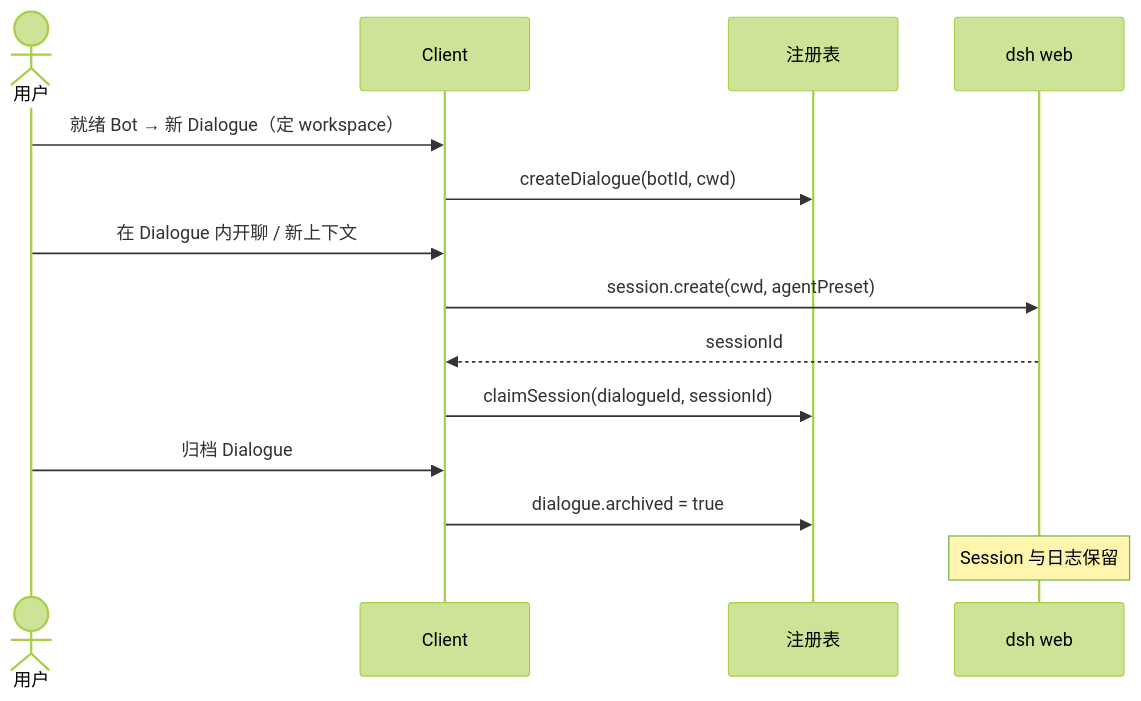
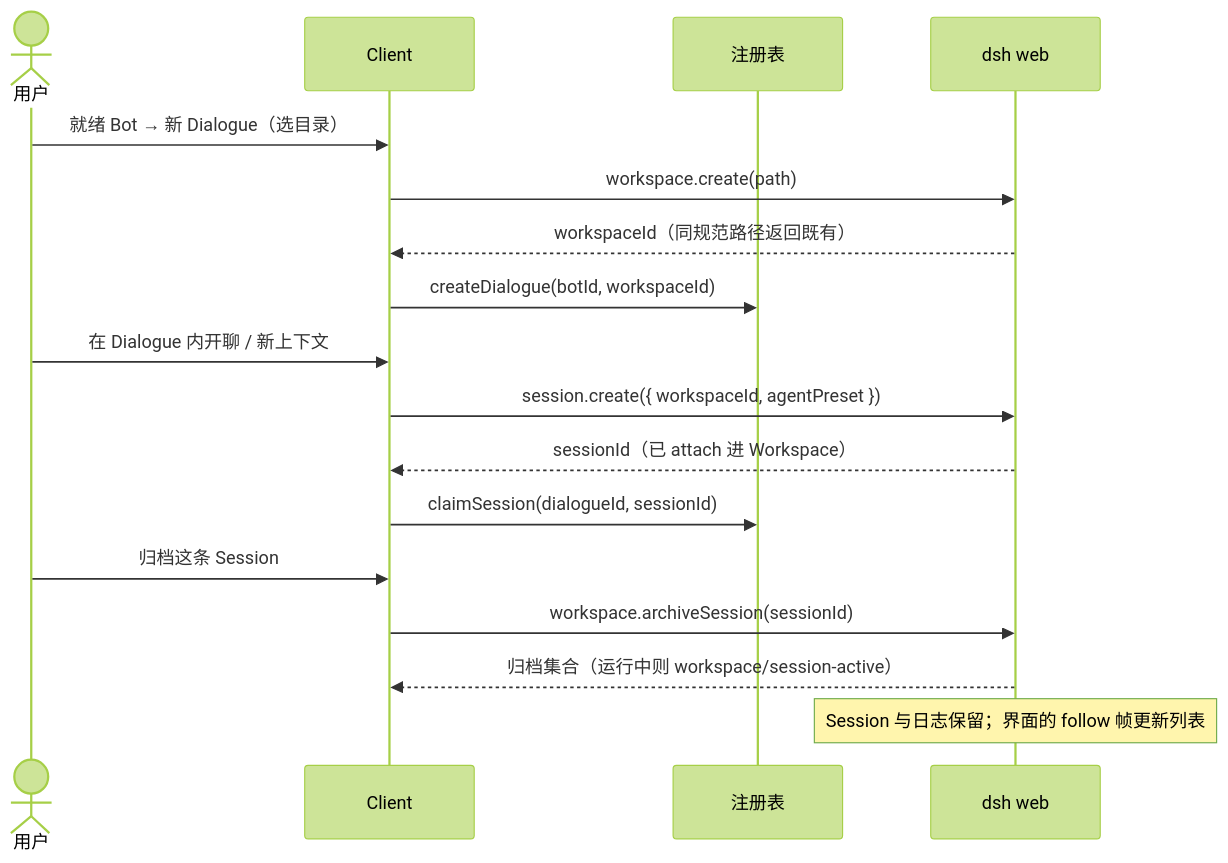
One commit to aningdev/MyAid changed the fifth of 6 diagrams in docs/BOT_SESSION_MAP.md. Above: the diagram before and after it, drawn with Mermaid (forest theme). The commit also changed other lines of this file and 71 other files, not shown here.

````diff
--- a/docs/BOT_SESSION_MAP.md
+++ b/docs/BOT_SESSION_MAP.md
@@ -102,17 +106,20 @@
 ```mermaid
 sequenceDiagram
   actor U as 用户
   participant UI as Client
   participant Reg as 注册表
   participant DSH as dsh web
 
-  U->>UI: 就绪 Bot → 新 Dialogue（定 workspace）
-  UI->>Reg: createDialogue(botId, cwd)
+  U->>UI: 就绪 Bot → 新 Dialogue（选目录）
+  UI->>DSH: workspace.create(path)
+  DSH-->>UI: workspaceId（同规范路径返回既有）
+  UI->>Reg: createDialogue(botId, workspaceId)
   U->>UI: 在 Dialogue 内开聊 / 新上下文
-  UI->>DSH: session.create(cwd, agentPreset)
-  DSH-->>UI: sessionId
+  UI->>DSH: session.create({ workspaceId, agentPreset })
+  DSH-->>UI: sessionId（已 attach 进 Workspace）
   UI->>Reg: claimSession(dialogueId, sessionId)
-  U->>UI: 归档 Dialogue
-  UI->>Reg: dialogue.archived = true
-  Note over DSH: Session 与日志保留
+  U->>UI: 归档这条 Session
+  UI->>DSH: workspace.archiveSession(sessionId)
+  DSH-->>UI: 归档集合（运行中则 workspace/session-active）
+  Note over DSH: Session 与日志保留；界面的 follow 帧更新列表
 ```
````
